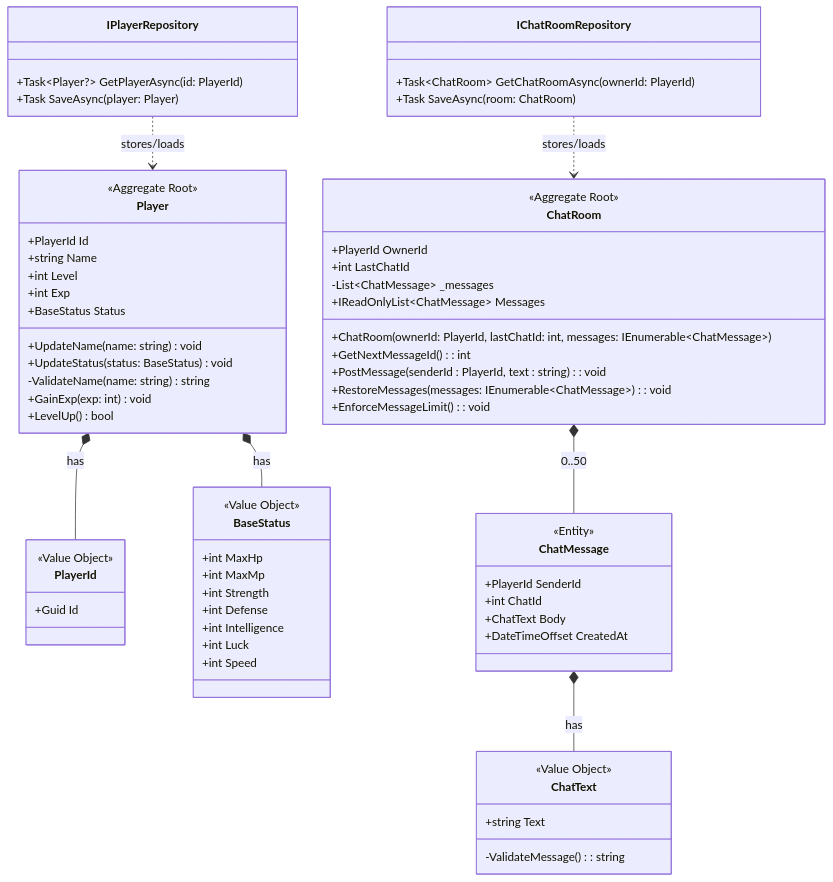
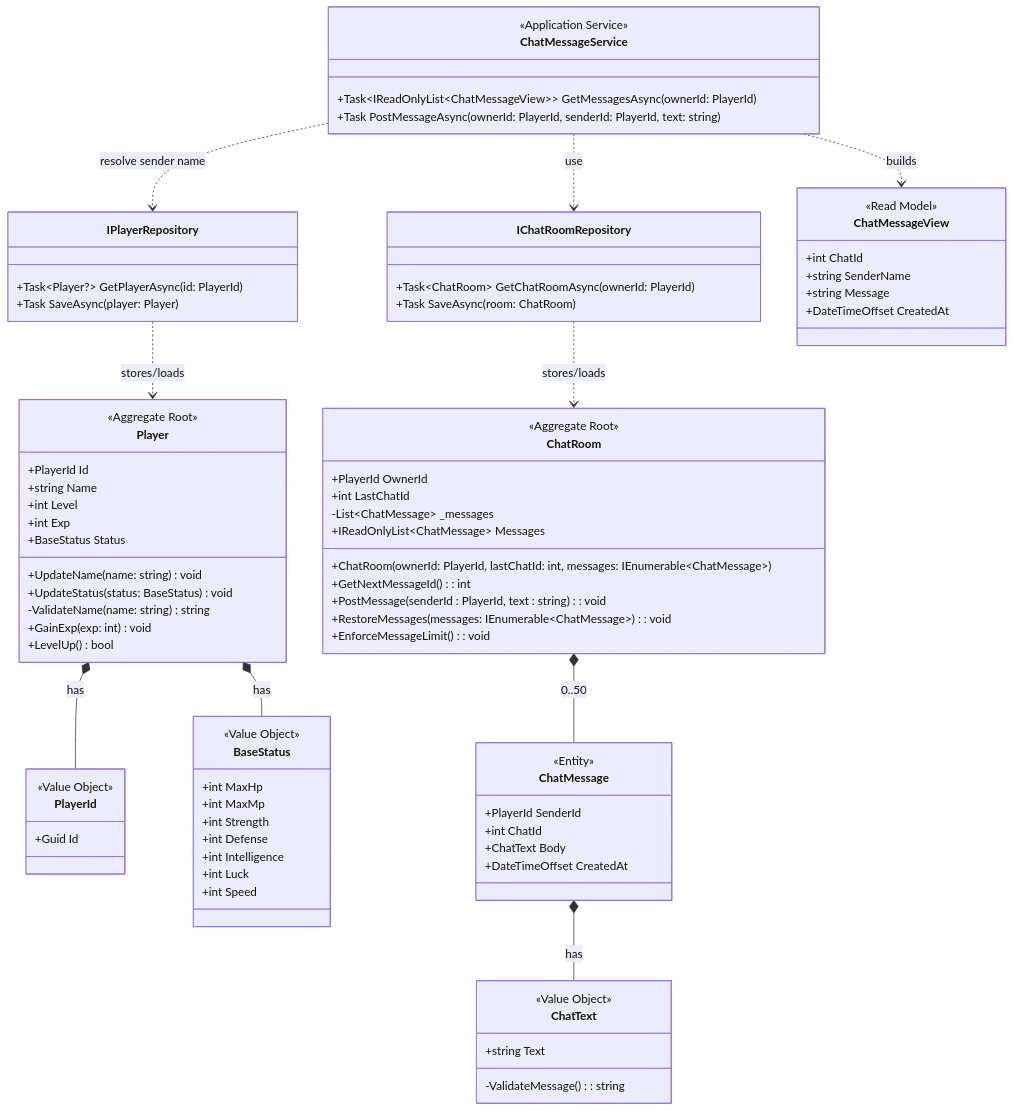
The diagram in docs/01_ドメインモデル.mmd (ayumu203/nisekue), drawn with Mermaid before and after one commit.

Commit message:
docs: ChatMessageServiceを設計へ追加.

```diff
--- a/docs/01_ドメインモデル.mmd
+++ b/docs/01_ドメインモデル.mmd
@@ -1,81 +1,91 @@
 classDiagram
     %% Player の基本情報
     class Player {
         <<Aggregate Root>>
         +PlayerId Id
         +string Name
         +int Level
         +int Exp
         +BaseStatus Status
         +UpdateName(name: string) void
         +UpdateStatus(status: BaseStatus) void
         -ValidateName(name: string) string 
         +GainExp(exp: int) void
         +LevelUp() bool
     }
 
     class PlayerId {
         <<Value Object>>
         +Guid Id
     }
 
     %% Player の基本ステータス
     class BaseStatus {
         <<Value Object>>
         +int MaxHp
         +int MaxMp
         +int Strength
         +int Defense
         +int Intelligence
         +int Luck
         +int Speed
     }
 
     class IPlayerRepository {
         +Task~Player?~ GetPlayerAsync(id: PlayerId)
         +Task SaveAsync(player: Player)
     }
     Player *-- PlayerId : has
     Player *-- BaseStatus : has
     IPlayerRepository ..> Player : stores/loads
 
     %% ルームチャット機能
     class ChatRoom {
         <<Aggregate Root>>
         +PlayerId OwnerId
         +int LastChatId
         -List~ChatMessage~ _messages
         +IReadOnlyList~ChatMessage~ Messages
         +ChatRoom(ownerId: PlayerId, lastChatId: int, messages: IEnumerable~ChatMessage~)
         +GetNextMessageId() : int
         +PostMessage(senderId : PlayerId, text : string) : void
         +RestoreMessages(messages: IEnumerable~ChatMessage~) : void
         +EnforceMessageLimit() : void
     }
     %% メッセージ管理の単位
     class ChatMessage {
         <<Entity>>
         +PlayerId SenderId
         +int ChatId
         +ChatText Body
         +DateTimeOffset CreatedAt
     }
     %% メッセージの文字列の値オブジェクト
     class ChatText {
         <<Value Object>>
         +string Text
         -ValidateMessage() : string
     }
 
     class IChatRoomRepository {
         +Task~ChatRoom~ GetChatRoomAsync(ownerId: PlayerId)
         +Task SaveAsync(room: ChatRoom)
     }
+    class ChatMessageView {
+        <<Read Model>>
+        +int ChatId
+        +string SenderName
+        +string Message
+        +DateTimeOffset CreatedAt
+    }
+    class ChatMessageService {
+        <<Application Service>>
+        +Task~IReadOnlyList~ChatMessageView~~ GetMessagesAsync(ownerId: PlayerId)
+        +Task PostMessageAsync(ownerId: PlayerId, senderId: PlayerId, text: string)
+    }
     ChatRoom *-- ChatMessage : 0..50
     ChatMessage *-- ChatText : has
     IChatRoomRepository ..> ChatRoom : stores/loads
-
-    %% Repository rule:
-    %% - GetChatRoomAsync: 未作成時は new ChatRoom(ownerId, 0) を返す
-    %% - SaveAsync: chat_rooms/chat_messages を同一トランザクションで差分upsert
-    %% - LastChatId: max(chat_messages.chat_id) 以上を維持し、不整合時は max(last_chat_id, max(chat_id)) を正とする
+    ChatMessageService ..> IChatRoomRepository : use
+    ChatMessageService ..> IPlayerRepository : resolve sender name
+    ChatMessageService ..> ChatMessageView : builds
```
